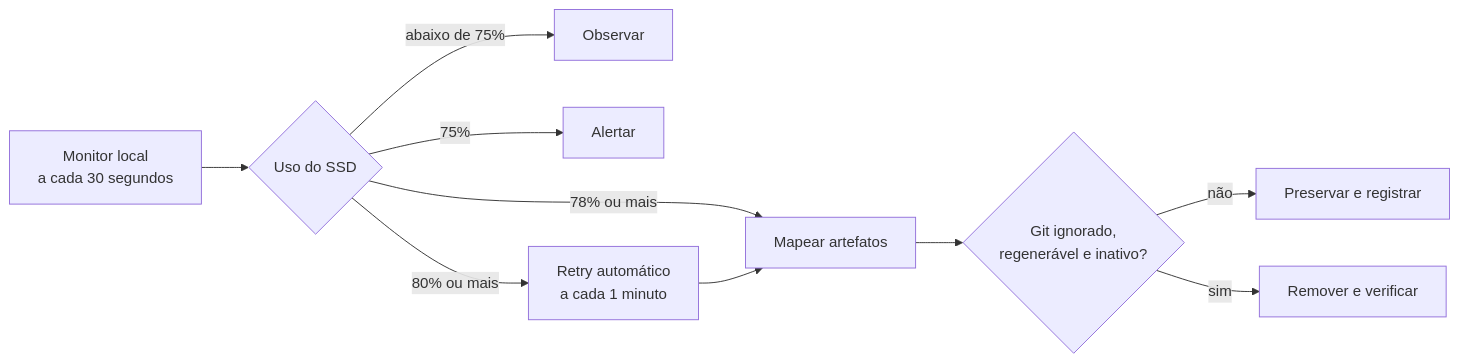
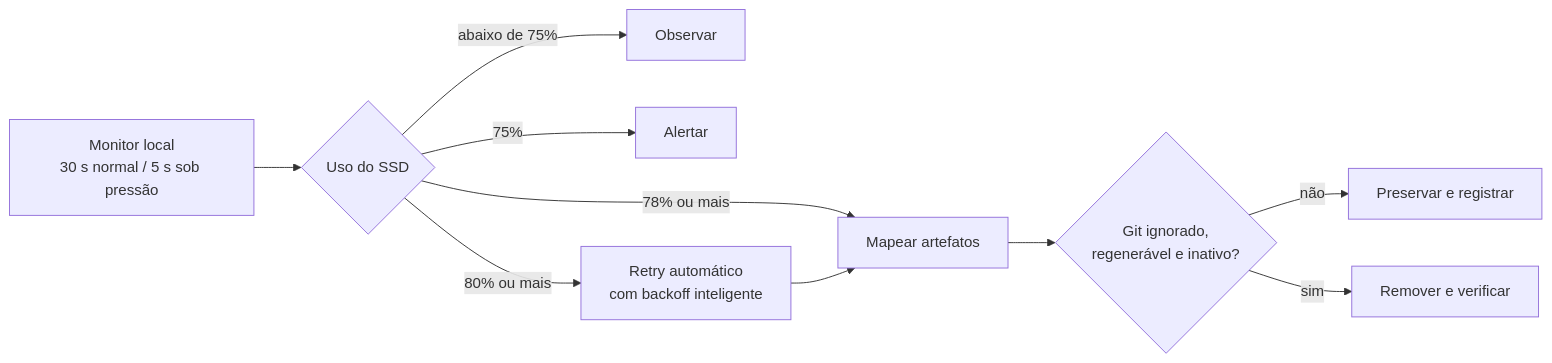
The diagram in README.md (luisroquette/clean-my-mac), drawn with Mermaid before and after one commit. The commit also changed other lines of this file and 21 other files, not shown here.

````diff
--- a/README.md
+++ b/README.md
@@ -55,12 +55,12 @@
 ```mermaid
 flowchart LR
-    A[Monitor local\na cada 30 segundos] --> B{Uso do SSD}
+    A[Monitor local\n30 s normal / 5 s sob pressão] --> B{Uso do SSD}
     B -->|abaixo de 75%| C[Observar]
     B -->|75%| D[Alertar]
     B -->|78% ou mais| E[Mapear artefatos]
     E --> F{Git ignorado,\nregenerável e inativo?}
     F -->|não| G[Preservar e registrar]
     F -->|sim| H[Remover e verificar]
-    B -->|80% ou mais| I[Retry automático\na cada 1 minuto]
+    B -->|80% ou mais| I[Retry automático\ncom backoff inteligente]
     I --> E
 ```
````
